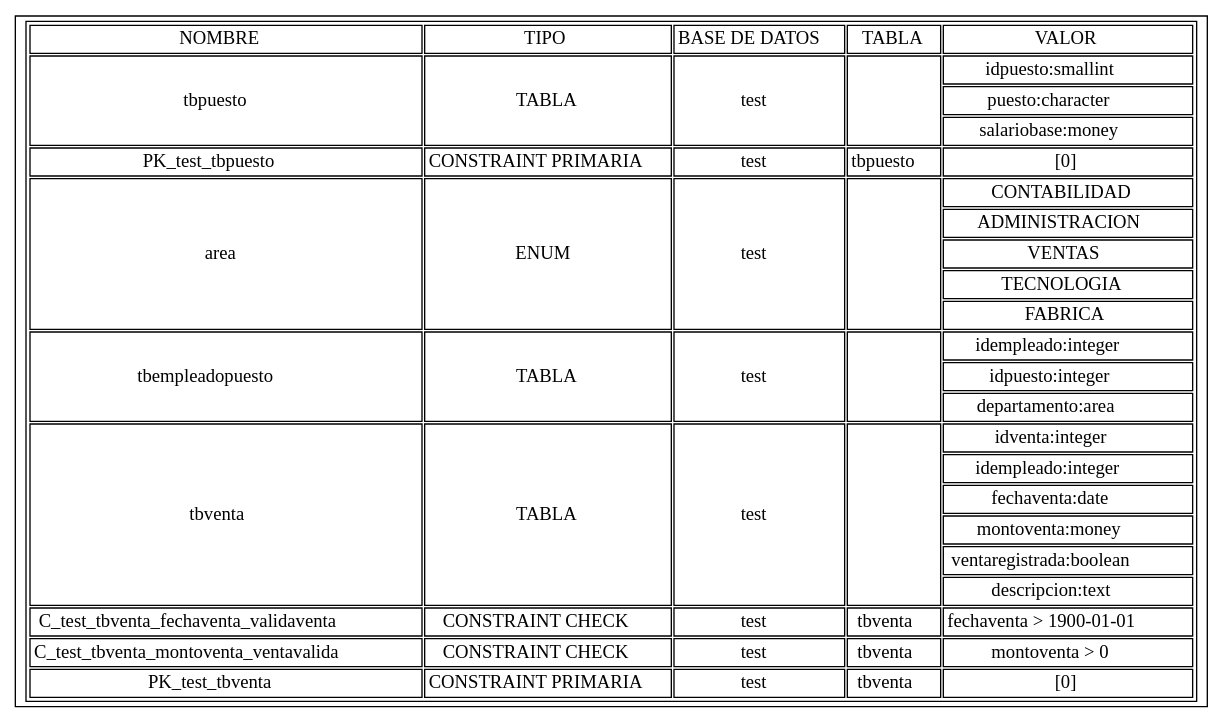
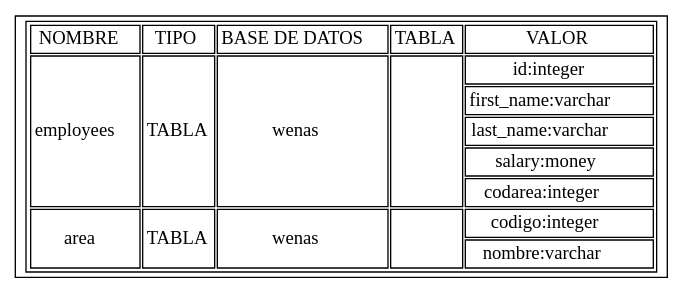
Before and after one commit to sicmmar/Proyecto-Compi2: the diagram in ts.dot, drawn with Graphviz. The commit also changed 14 other files, not shown here.

```diff
--- a/ts.dot
+++ b/ts.dot
@@ -1,18 +1,8 @@
-digraph G {shortName [shape=record label=<<TABLE><TR><TD>NOMBRE</TD><TD>TIPO</TD><TD>BASE DE DATOS</TD><TD>TABLA</TD><TD>VALOR</TD></TR><TR><TD rowspan='3'>tbpuesto</TD><TD rowspan='3'>TABLA</TD><TD rowspan='3'>test</TD><TD rowspan='3'></TD><TD>idpuesto:smallint</TD></TR>
-<TR><TD>puesto:character</TD></TR>
-<TR><TD>salariobase:money</TD></TR>
-<TR><TD>PK_test_tbpuesto</TD><TD>CONSTRAINT PRIMARIA</TD><TD>test</TD><TD>tbpuesto</TD><TD>[0]</TD></TR><TR><TD rowspan='5'>area</TD><TD rowspan='5'>ENUM</TD><TD rowspan='5'>test</TD><TD rowspan='5'></TD><TD>CONTABILIDAD</TD></TR>
-<TR><TD>ADMINISTRACION</TD></TR>
-<TR><TD>VENTAS</TD></TR>
-<TR><TD>TECNOLOGIA</TD></TR>
-<TR><TD>FABRICA</TD></TR>
-<TR><TD rowspan='3'>tbempleadopuesto</TD><TD rowspan='3'>TABLA</TD><TD rowspan='3'>test</TD><TD rowspan='3'></TD><TD>idempleado:integer</TD></TR>
-<TR><TD>idpuesto:integer</TD></TR>
-<TR><TD>departamento:area</TD></TR>
-<TR><TD rowspan='6'>tbventa</TD><TD rowspan='6'>TABLA</TD><TD rowspan='6'>test</TD><TD rowspan='6'></TD><TD>idventa:integer</TD></TR>
-<TR><TD>idempleado:integer</TD></TR>
-<TR><TD>fechaventa:date</TD></TR>
-<TR><TD>montoventa:money</TD></TR>
-<TR><TD>ventaregistrada:boolean</TD></TR>
-<TR><TD>descripcion:text</TD></TR>
-<TR><TD>C_test_tbventa_fechaventa_validaventa</TD><TD>CONSTRAINT CHECK</TD><TD>test</TD><TD>tbventa</TD><TD>fechaventa &#62; 1900-01-01</TD></TR>\n<TR><TD>C_test_tbventa_montoventa_ventavalida</TD><TD>CONSTRAINT CHECK</TD><TD>test</TD><TD>tbventa</TD><TD>montoventa &#62; 0</TD></TR>\n<TR><TD>PK_test_tbventa</TD><TD>CONSTRAINT PRIMARIA</TD><TD>test</TD><TD>tbventa</TD><TD>[0]</TD></TR></TABLE>>]}
+digraph G {shortName [shape=record label=<<TABLE><TR><TD>NOMBRE</TD><TD>TIPO</TD><TD>BASE DE DATOS</TD><TD>TABLA</TD><TD>VALOR</TD></TR><TR><TD rowspan='5'>employees</TD><TD rowspan='5'>TABLA</TD><TD rowspan='5'>wenas</TD><TD rowspan='5'></TD><TD>id:integer</TD></TR>
+<TR><TD>first_name:varchar</TD></TR>
+<TR><TD>last_name:varchar</TD></TR>
+<TR><TD>salary:money</TD></TR>
+<TR><TD>codarea:integer</TD></TR>
+<TR><TD rowspan='2'>area</TD><TD rowspan='2'>TABLA</TD><TD rowspan='2'>wenas</TD><TD rowspan='2'></TD><TD>codigo:integer</TD></TR>
+<TR><TD>nombre:varchar</TD></TR>
+</TABLE>>]}
```
